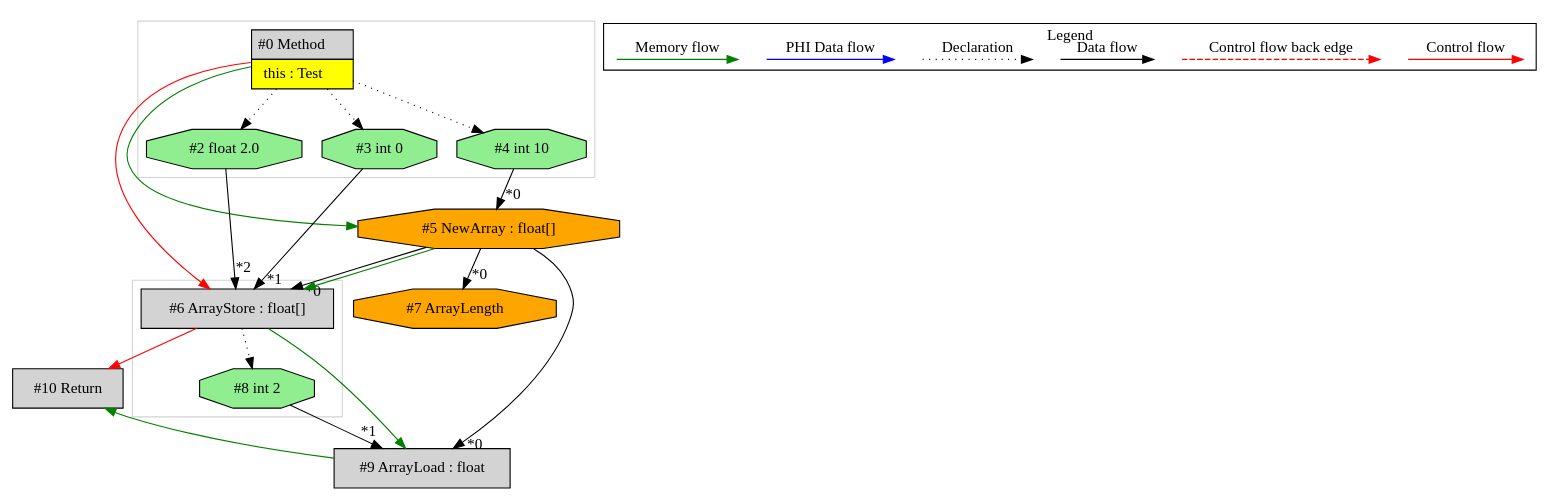
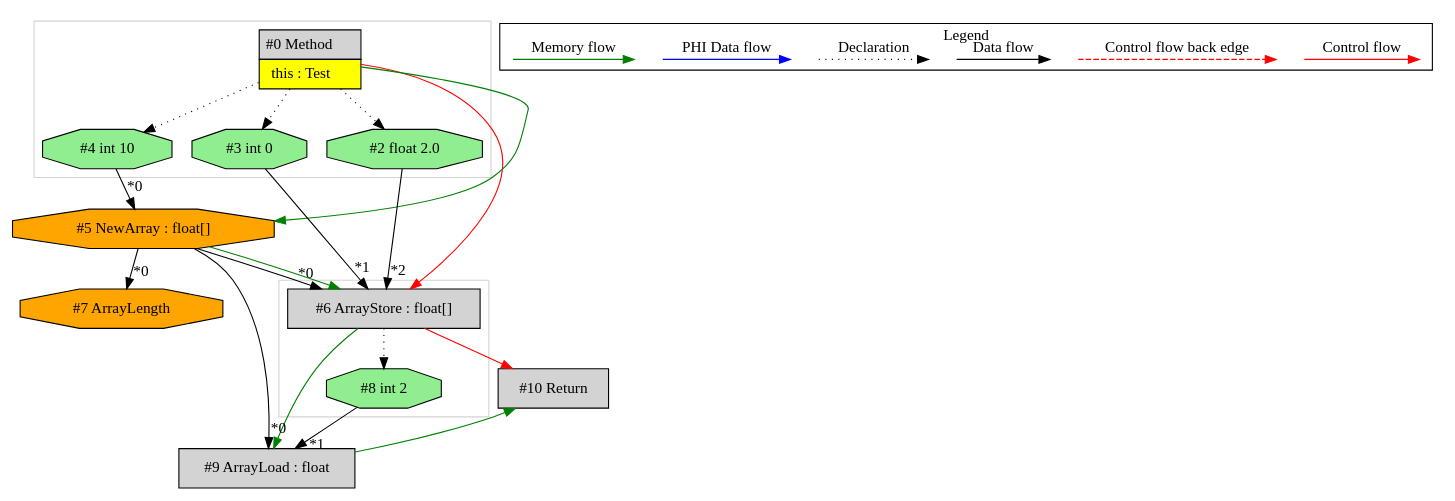
One commit to mirkosertic/MetaIR changed the diagram in de.mirkosertic.metair.ir.OpcodeNEWARRAYTest/test_NEWARRAY_float/ir.dot. Above: the diagram before and after it, drawn with Graphviz. The commit also changed other lines of this file and 1256 other files, not shown here.

```diff
--- a/de.mirkosertic.metair.ir.OpcodeNEWARRAYTest/test_NEWARRAY_float/ir.dot
+++ b/de.mirkosertic.metair.ir.OpcodeNEWARRAYTest/test_NEWARRAY_float/ir.dot
@@ -1,68 +1,68 @@
 digraph {
  ordering="in";
  node0[margin="0", label=<<table border="0" cellborder="1" cellspacing="0" cellpadding="5"><tr><td colspan="1">#0 Method</td></tr><tr><td port="prj1" bgcolor="yellow">this : Test</td></tr></table>>,shape=none, fillcolor=lightgrey, style=filled];
- node4[label="#4 int 10",shape=octagon, fillcolor=lightgreen, style=filled];
- node0 -> node4[style=dotted];
+ node6[label="#6 ArrayStore : float[]",shape=box, fillcolor=lightgrey, style=filled];
+ node5 -> node6[headlabel="*0", labeldistance=2];
+ node3 -> node6[headlabel="*1", labeldistance=2];
+ node2 -> node6[headlabel="*2", labeldistance=2];
+ node5 -> node6[labeldistance=2, color=green, constraint=false];
+ node0 -> node6[labeldistance=2, color=red, fontcolor=red];
  node5[label="#5 NewArray : float[]",shape=octagon, fillcolor=orange, style=filled];
  node4 -> node5[headlabel="*0", labeldistance=2];
  node0 -> node5[labeldistance=2, color=green, constraint=false];
+ node4[label="#4 int 10",shape=octagon, fillcolor=lightgreen, style=filled];
+ node0 -> node4[style=dotted];
  node7[label="#7 ArrayLength",shape=octagon, fillcolor=orange, style=filled];
  node5 -> node7[headlabel="*0", labeldistance=2];
  node9[label="#9 ArrayLoad : float",shape=box, fillcolor=lightgrey, style=filled];
  node5 -> node9[headlabel="*0", labeldistance=2];
  node8 -> node9[headlabel="*1", labeldistance=2];
  node6 -> node9[labeldistance=2, color=green, constraint=false];
- node6[label="#6 ArrayStore : float[]",shape=box, fillcolor=lightgrey, style=filled];
- node5 -> node6[headlabel="*0", labeldistance=2];
- node3 -> node6[headlabel="*1", labeldistance=2];
- node2 -> node6[headlabel="*2", labeldistance=2];
- node5 -> node6[labeldistance=2, color=green, constraint=false];
- node0 -> node6[labeldistance=2, color=red, fontcolor=red];
+ node8[label="#8 int 2",shape=octagon, fillcolor=lightgreen, style=filled];
+ node6 -> node8[style=dotted];
+ node10[label="#10 Return",shape=box, fillcolor=lightgrey, style=filled];
+ node6 -> node10[labeldistance=2, color=red, fontcolor=red];
+ node9 -> node10[labeldistance=2, color=green, constraint=false];
  node2[label="#2 float 2.0",shape=octagon, fillcolor=lightgreen, style=filled];
  node0 -> node2[style=dotted];
  node3[label="#3 int 0",shape=octagon, fillcolor=lightgreen, style=filled];
  node0 -> node3[style=dotted];
- node10[label="#10 Return",shape=box, fillcolor=lightgrey, style=filled];
- node6 -> node10[labeldistance=2, color=red, fontcolor=red];
- node9 -> node10[labeldistance=2, color=green, constraint=false];
- node8[label="#8 int 2",shape=octagon, fillcolor=lightgreen, style=filled];
- node6 -> node8[style=dotted];
  subgraph cluster_0 {
+  color=lightgray;
+  node6;
+  node8;
+ }
+ subgraph cluster_1 {
   color=lightgray;
   node0;
   node2;
   node3;
   node4;
- }
- subgraph cluster_1 {
-  color=lightgray;
-  node6;
-  node8;
  }
  subgraph cluster_000 {
   label = "Legend";
   node [shape=point]
   {
    rank=same;
    c0 [style = invis];
    c1 [style = invis];
    c2 [style = invis];
    c3 [style = invis];
    d0 [style = invis];
    d1 [style = invis];
    d2 [style = invis];
    d3 [style = invis];
    d4 [style = invis];
    d5 [style = invis];
    d6 [style = invis];
    d7 [style = invis];
   }
   c0 -> c1 [label="Control flow", style=solid, color=red]
   c2 -> c3 [label="Control flow back edge", style=dashed, color=red]
   d0 -> d1 [label="Data flow"]
   d2 -> d3 [label="Declaration", style=dotted]
   d4 -> d5 [label="PHI Data flow", color=blue]
   d6 -> d7 [label="Memory flow", color=green]
  }
 
 }
```
